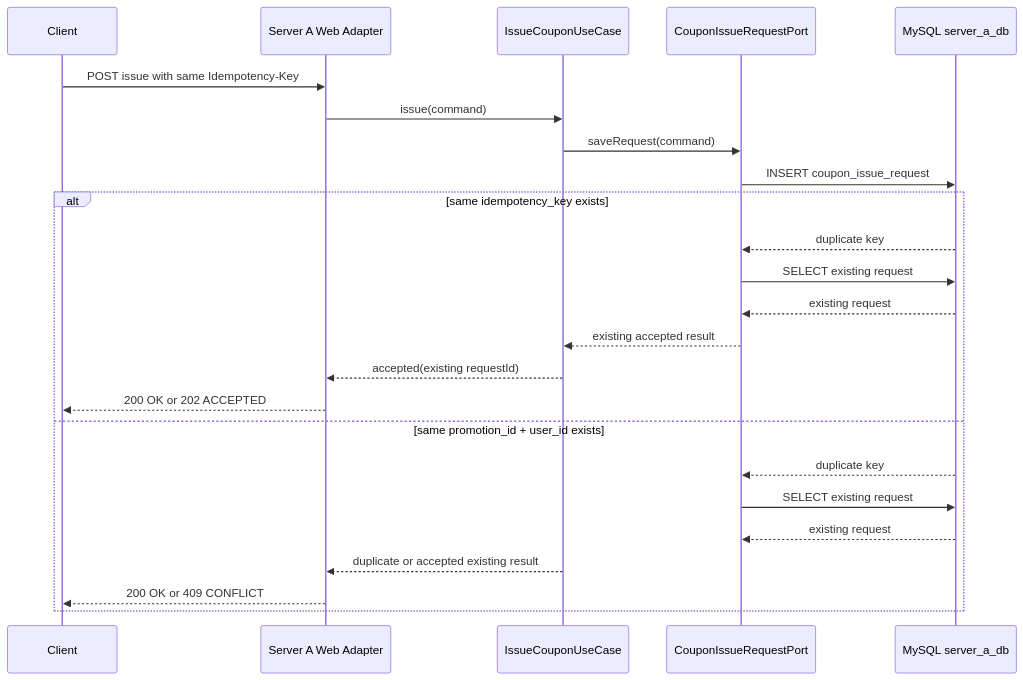
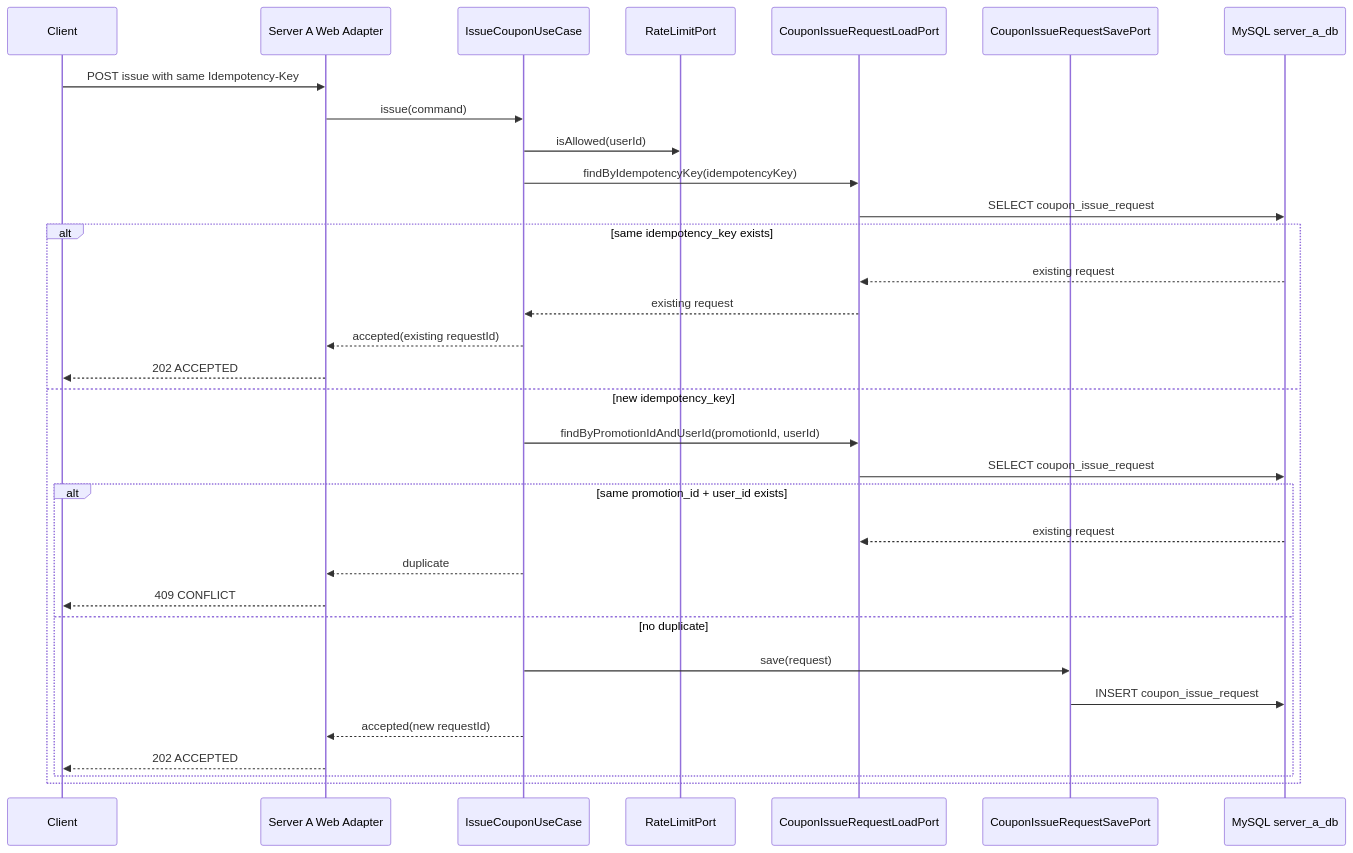
One commit to yht0827/promotion-dispatcher changed the fifth of 8 diagrams in docs/02-sequence-diagrams.md. Above: the diagram before and after it, drawn with Mermaid. The commit also changed other lines of this file and 3 other files, not shown here.

````diff
--- a/docs/02-sequence-diagrams.md
+++ b/docs/02-sequence-diagrams.md
@@ -173,28 +181,36 @@
 ```mermaid
 sequenceDiagram
     participant C as Client
     participant API as Server A Web Adapter
     participant UC as IssueCouponUseCase
-    participant RP as CouponIssueRequestPort
+    participant RL as RateLimitPort
+    participant RLP as CouponIssueRequestLoadPort
+    participant RSP as CouponIssueRequestSavePort
     participant DB as MySQL server_a_db
 
     C->>API: POST issue with same Idempotency-Key
     API->>UC: issue(command)
-    UC->>RP: saveRequest(command)
-    RP->>DB: INSERT coupon_issue_request
+    UC->>RL: isAllowed(userId)
+    UC->>RLP: findByIdempotencyKey(idempotencyKey)
+    RLP->>DB: SELECT coupon_issue_request
 
     alt same idempotency_key exists
-        DB-->>RP: duplicate key
-        RP->>DB: SELECT existing request
-        DB-->>RP: existing request
-        RP-->>UC: existing accepted result
+        DB-->>RLP: existing request
+        RLP-->>UC: existing request
         UC-->>API: accepted(existing requestId)
-        API-->>C: 200 OK or 202 ACCEPTED
-    else same promotion_id + user_id exists
-        DB-->>RP: duplicate key
-        RP->>DB: SELECT existing request
-        DB-->>RP: existing request
-        UC-->>API: duplicate or accepted existing result
-        API-->>C: 200 OK or 409 CONFLICT
+        API-->>C: 202 ACCEPTED
+    else new idempotency_key
+        UC->>RLP: findByPromotionIdAndUserId(promotionId, userId)
+        RLP->>DB: SELECT coupon_issue_request
+        alt same promotion_id + user_id exists
+            DB-->>RLP: existing request
+            UC-->>API: duplicate
+            API-->>C: 409 CONFLICT
+        else no duplicate
+            UC->>RSP: save(request)
+            RSP->>DB: INSERT coupon_issue_request
+            UC-->>API: accepted(new requestId)
+            API-->>C: 202 ACCEPTED
+        end
     end
 ```
````
